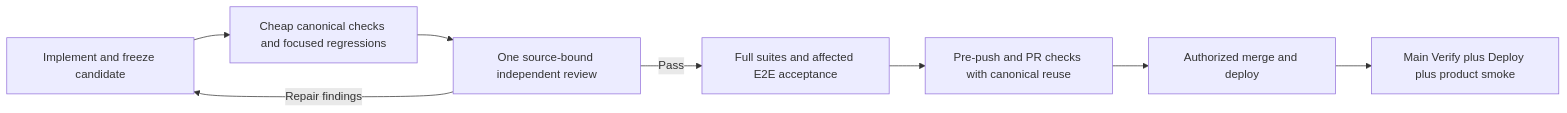
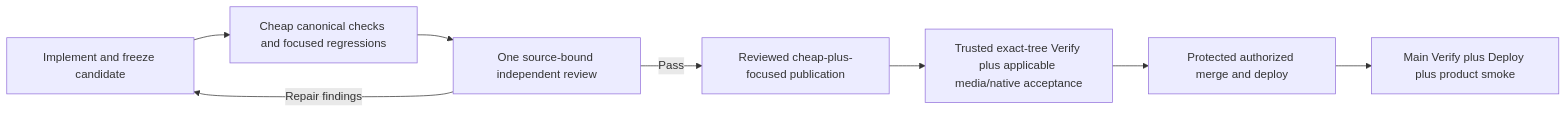
The diagram in docs/engineering/devops/shipping.md (dgmolla/fitsy), drawn with Mermaid before and after one commit. The commit also changed other lines of this file and 8 other files, not shown here.

Commit message:
fix: publish reviewed candidates before trusted CI acceptance

````diff
--- a/docs/engineering/devops/shipping.md
+++ b/docs/engineering/devops/shipping.md
@@ -11,10 +11,10 @@
 ```mermaid
 flowchart LR
     A[Implement and freeze candidate] --> B[Cheap canonical checks and focused regressions]
     B --> C[One source-bound independent review]
     C -->|Repair findings| A
-    C -->|Pass| T[Full suites and affected E2E acceptance]
-    T --> D[Pre-push and PR checks with canonical reuse]
-    D --> E[Authorized merge and deploy]
+    C -->|Pass| D[Reviewed cheap-plus-focused publication]
+    D --> T[Trusted exact-tree Verify plus applicable media/native acceptance]
+    T --> E[Protected authorized merge and deploy]
     E --> F[Main Verify plus Deploy plus product smoke]
 ```
````
